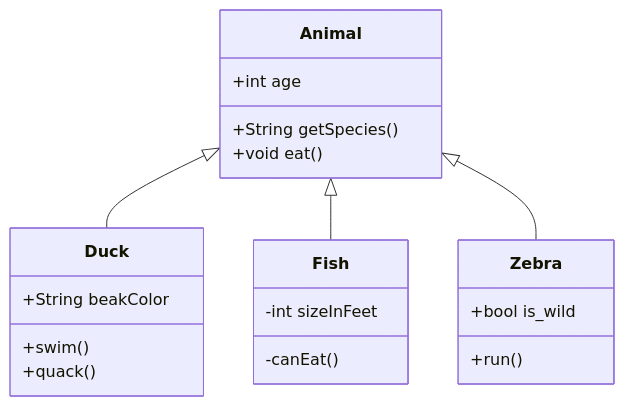
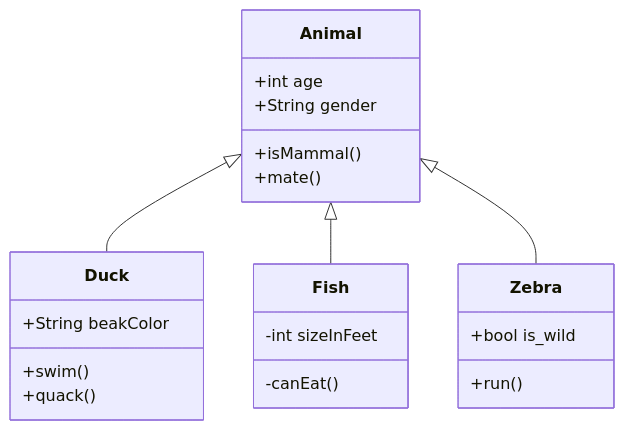
The fifth of 10 diagrams in src/pages/mermaid.mdx (bdenham/mdx-starter), drawn with Mermaid before and after one commit. The commit also changed other lines of this file and 26 other files, not shown here.

Commit message:
wip: mermaid styling

````diff
--- a/src/pages/mermaid.mdx
+++ b/src/pages/mermaid.mdx
@@ -81,23 +81,27 @@
 ```mermaid
 classDiagram
-    Animal <|-- Duck
-    Animal <|-- Fish
-    Animal <|-- Zebra
-    Animal : +int age
+  accTitle: Demo Class Diagram
+  accDescr: This class diagram show the abstract Animal class, and 3 classes that inherit from it: Duck, Fish, and Zebra.
 
-    Animal : +String getSpecies()
-    Animal : +void eat()
-    class Duck{
-        +String beakColor
-        +swim()
-        +quack()
-    }
-    class Fish{
-        -int sizeInFeet
-        -canEat()
-    }
-    class Zebra{
-        +bool is_wild
-        +run()
-    }
+  Animal <|-- Duck
+  Animal <|-- Fish
+  Animal <|-- Zebra
+  Animal : +int age
+  Animal : +String gender
+  Animal: +isMammal()
+  Animal: +mate()
+
+  class Duck{
+    +String beakColor
+    +swim()
+    +quack()
+  }
+  class Fish{
+    -int sizeInFeet
+    -canEat()
+  }
+  class Zebra{
+    +bool is_wild
+    +run()
+  }
 ```
````
